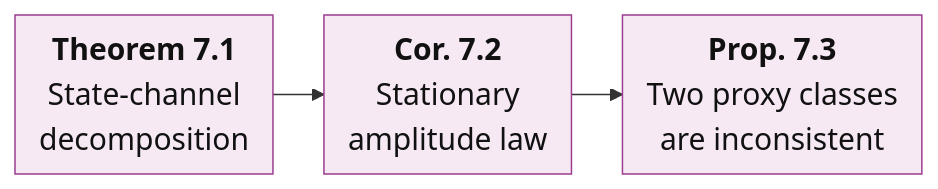
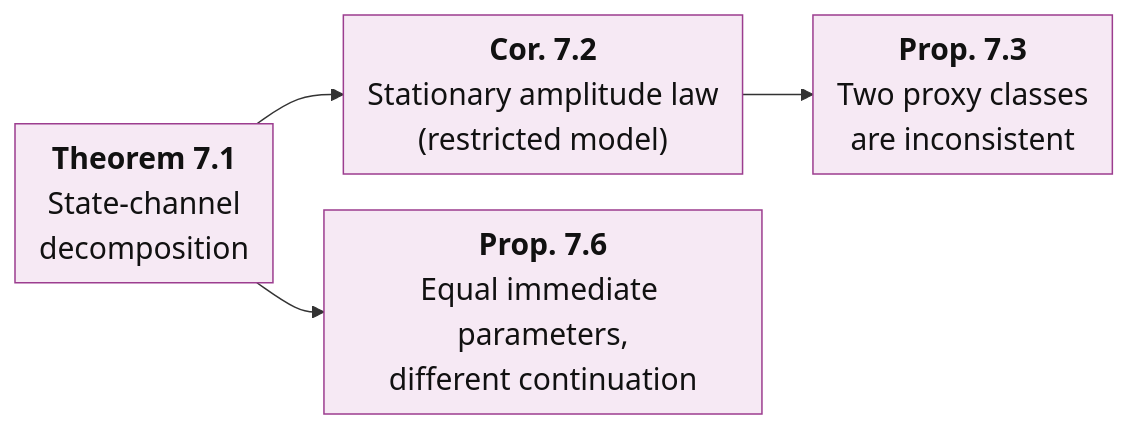
Before and after one commit to XueqiC/ICML27_agent_distillation: the seventh of 9 diagrams in theoretical_framework/README.md, drawn with Mermaid. The commit also changed other lines of this file and 222 other files, not shown here.

````diff
--- a/theoretical_framework/README.md
+++ b/theoretical_framework/README.md
@@ -540,10 +629,12 @@
 ```mermaid
 %%{init: {"themeVariables": {"fontSize": "20px"}, "flowchart": {"nodeSpacing": 24, "rankSpacing": 34, "padding": 8, "wrappingWidth": 260}}}%%
 flowchart LR
   T1["<b>Theorem 7.1</b><br/>State-channel<br/>decomposition"]:::b4
-  C2["<b>Cor. 7.2</b><br/>Stationary<br/>amplitude law"]:::b4
+  C2["<b>Cor. 7.2</b><br/>Stationary amplitude law<br/>(restricted model)"]:::b4
   P3["<b>Prop. 7.3</b><br/>Two proxy classes<br/>are inconsistent"]:::b4
+  P6["<b>Prop. 7.6</b><br/>Equal immediate parameters,<br/>different continuation"]:::b4
   T1 --> C2
   C2 --> P3
+  T1 --> P6
   classDef b4 fill:#f6e9f4,stroke:#9c3d8f,color:#111
 ```
````
